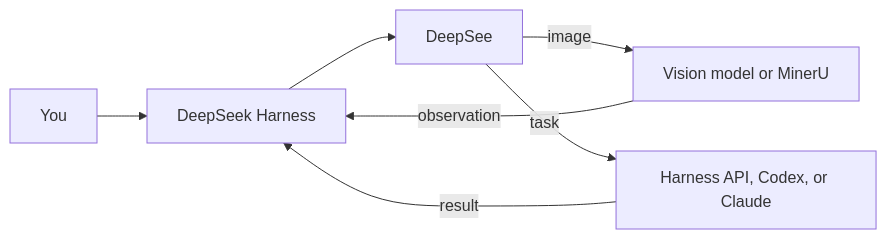
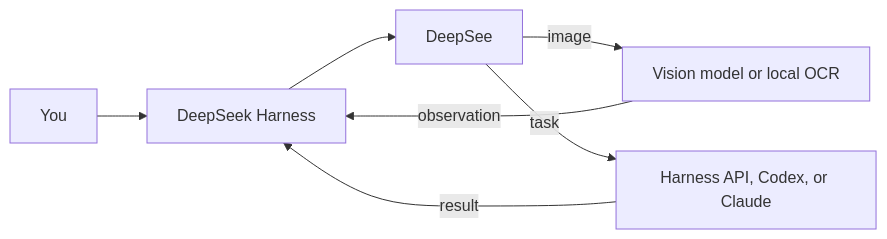
The diagram in README.md (WUBING2023/deepsee), drawn with Mermaid before and after one commit. The commit also changed other lines of this file and 36 other files, not shown here.

````diff
--- a/README.md
+++ b/README.md
@@ -80,9 +80,9 @@
 ```mermaid
 flowchart LR
     U["You"] --> H["DeepSeek Harness"]
     H --> D["DeepSee"]
-    D -->|"image"| V["Vision model or MinerU"]
+    D -->|"image"| V["Vision model or local OCR"]
     D -->|"task"| R["Harness API, Codex, or Claude"]
     V -->|"observation"| H
     R -->|"result"| H
 ```
````
